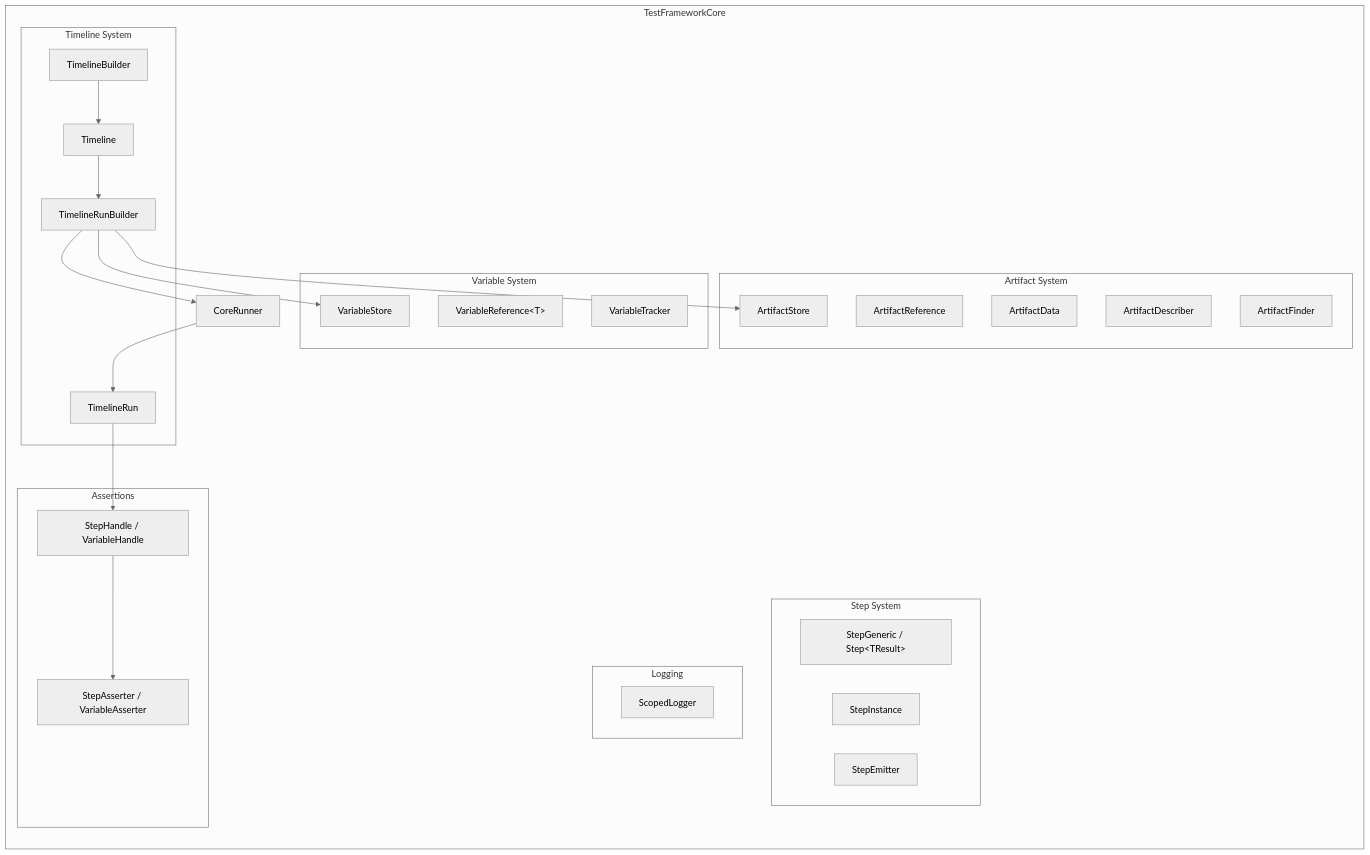
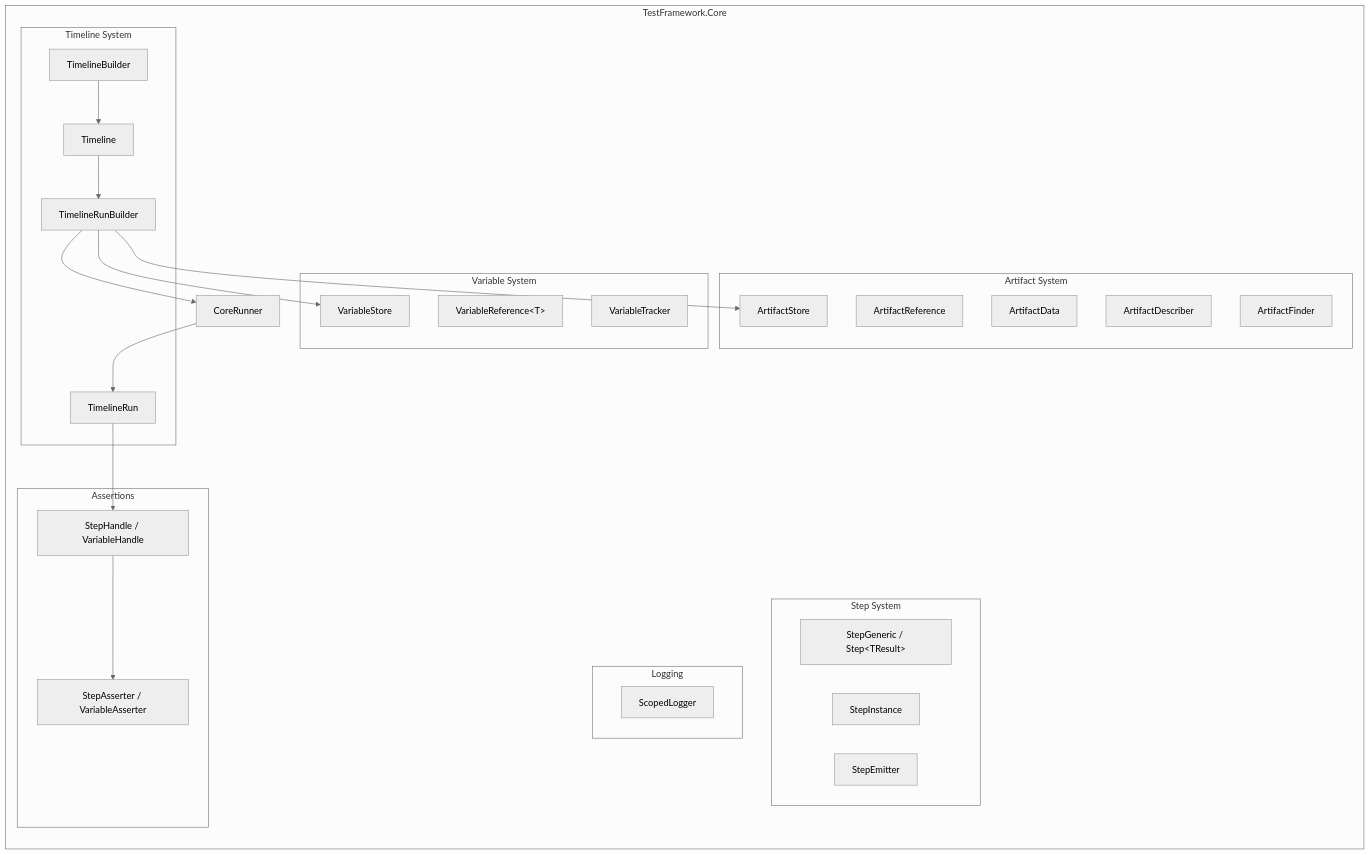
The third of 16 diagrams in Documentation/Arc42.md (DeadMoon0/TestFramework-Core), drawn with Mermaid (neutral theme) before and after one commit. The commit also changed other lines of this file and 5 other files, not shown here.

````diff
--- a/Documentation/Arc42.md
+++ b/Documentation/Arc42.md
@@ -148,45 +148,45 @@
 ```mermaid
 graph TB
-    subgraph TestFrameworkCore
+    subgraph TestFramework.Core
         direction TB
         subgraph "Timeline System"
             TL[Timeline]
             TB2[TimelineBuilder]
             TRB2[TimelineRunBuilder]
             TR2[TimelineRun]
         end
         subgraph "Step System"
             SG["StepGeneric / Step&lt;TResult&gt;"]
             SI[StepInstance]
             SE[StepEmitter]
         end
         subgraph "Variable System"
             VS[VariableStore]
             VR["VariableReference&lt;T&gt;"]
             VT[VariableTracker]
         end
         subgraph "Artifact System"
             AS[ArtifactStore]
             AR[ArtifactReference]
             AD[ArtifactData]
             ADS[ArtifactDescriber]
             AF[ArtifactFinder]
         end
         subgraph "Logging"
             SL[ScopedLogger]
         end
         subgraph "Assertions"
             SHA[StepHandle / VariableHandle]
             ASS[StepAsserter / VariableAsserter]
         end
         CR[CoreRunner]
     end
     TB2 --> TL
     TL --> TRB2
     TRB2 --> CR
     CR --> TR2
     TRB2 --> VS
     TRB2 --> AS
     TR2 --> SHA
     SHA --> ASS
 ```
````
